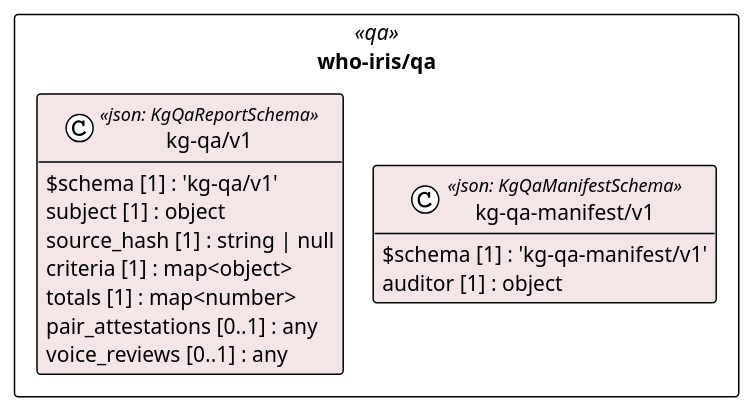
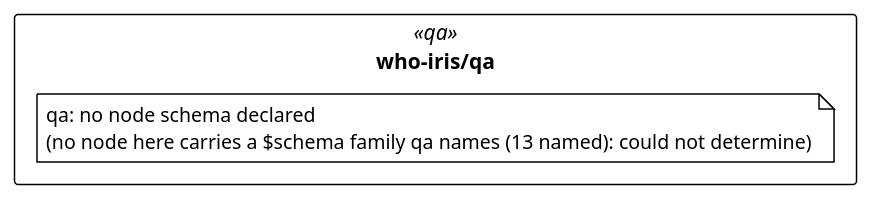
One commit to litlfred/folio-assistant changed the diagram in cat-harness/uml/overview/who-iris/qa.puml. Above: the diagram before and after it, drawn with PlantUML. The commit also changed 18 other files, not shown here.

First line of the commit message:
regen: subgraph JSON-LD, security skill page and who-iris UML overview after merging main

```diff
--- a/cat-harness/uml/overview/who-iris/qa.puml
+++ b/cat-harness/uml/overview/who-iris/qa.puml
@@ -3,25 +3,13 @@
 @startuml who_iris_qa
 !pragma layout elk
 !theme plain
 skinparam classAttributeIconSize 0
 skinparam shadowing false
 skinparam packageStyle rectangle
 hide empty methods
 
 package "who-iris/qa" as pkg_who_iris_qa <<qa>> {
-  class "kg-qa/v1" as who_iris_qa_kg_qa_v1_kg_qa_v1 <<json: KgQaReportSchema>> #f4e6e6 {
-    $schema [1] : 'kg-qa/v1'
-    subject [1] : object
-    source_hash [1] : string | null
-    criteria [1] : map<object>
-    totals [1] : map<number>
-    pair_attestations [0..1] : any
-    voice_reviews [0..1] : any
-  }
-  class "kg-qa-manifest/v1" as who_iris_qa_kg_qa_manifest_v1_kg_qa_manifest_v1 <<json: KgQaManifestSchema>> #f4e6e6 {
-    $schema [1] : 'kg-qa-manifest/v1'
-    auditor [1] : object
-  }
+  note "qa: no node schema declared\n(no node here carries a $schema family qa names (13 named): could not determine)" as n_who_iris_qa_qa
 }
 
 @enduml
```
